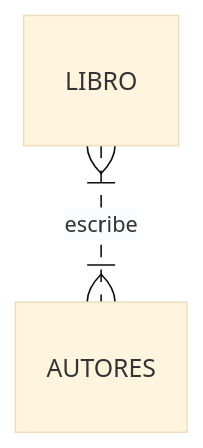
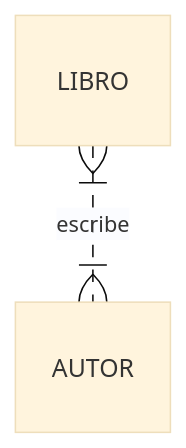
Before and after one commit to victorponz/programacion-java: the third of 4 diagrams in _posts/2022-04-13-Convertir-er-clases.md, drawn with Mermaid (base theme). The commit also changed other lines of this file, not shown here.

Commit message:
Corregir AUTORES por AUTOR

````diff
--- a/_posts/2022-04-13-Convertir-er-clases.md
+++ b/_posts/2022-04-13-Convertir-er-clases.md
@@ -110,4 +110,4 @@
 ```mermaid
 erDiagram
-	LIBRO |{..|{ AUTORES : escribe 
+	LIBRO |{..|{ AUTOR : escribe
 ```
````
